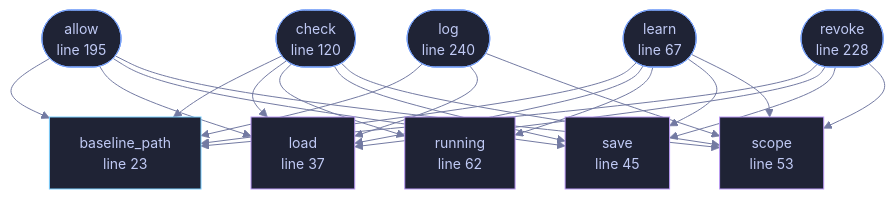
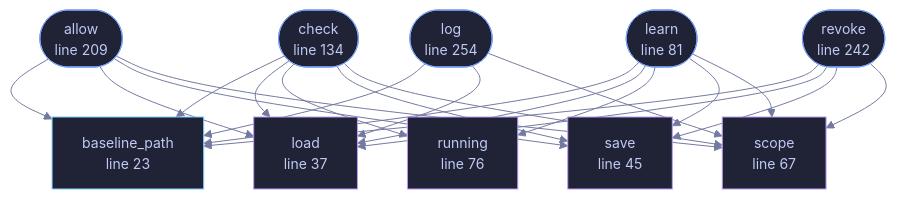
The diagram in wiki/File-veilvoice-cli-appctl.md (tilas01/veilvoice), drawn with Mermaid before and after one commit. The commit also changed other lines of this file and 23 other files, not shown here.

````diff
--- a/wiki/File-veilvoice-cli-appctl.md
+++ b/wiki/File-veilvoice-cli-appctl.md
@@ -57,51 +57,51 @@
 ```mermaid
 %%{init: {"theme":"base","themeVariables":{"background":"#1a1b26","primaryColor":"#1f2335","primaryTextColor":"#c0caf5","primaryBorderColor":"#7aa2f7","secondaryColor":"#16161e","tertiaryColor":"#16161e","lineColor":"#737aa2","textColor":"#c0caf5","mainBkg":"#1f2335","nodeBorder":"#7aa2f7","clusterBkg":"#16161e","clusterBorder":"#2f3549","fontFamily":"ui-monospace, SFMono-Regular, Consolas, monospace","fontSize":"14px"}}}%%
 flowchart TD
     n_baseline_path["baseline_path<br/>line 23"]
     n_load["load<br/>line 37"]
     n_save["save<br/>line 45"]
-    n_scope["scope<br/>line 53"]
-    n_running["running<br/>line 62"]
-    n_learn(["learn<br/>line 67"])
-    n_check(["check<br/>line 120"])
-    n_allow(["allow<br/>line 195"])
-    n_revoke(["revoke<br/>line 228"])
-    n_log(["log<br/>line 240"])
+    n_scope["scope<br/>line 67"]
+    n_running["running<br/>line 76"]
+    n_learn(["learn<br/>line 81"])
+    n_check(["check<br/>line 134"])
+    n_allow(["allow<br/>line 209"])
+    n_revoke(["revoke<br/>line 242"])
+    n_log(["log<br/>line 254"])
     n_allow --> n_baseline_path
     n_allow --> n_load
     n_allow --> n_save
     n_allow --> n_scope
     n_check --> n_baseline_path
     n_check --> n_load
     n_check --> n_running
     n_check --> n_save
     n_check --> n_scope
     n_learn --> n_baseline_path
     n_learn --> n_load
     n_learn --> n_running
     n_learn --> n_save
     n_learn --> n_scope
     n_log --> n_baseline_path
     n_log --> n_load
     n_log --> n_scope
     n_revoke --> n_baseline_path
     n_revoke --> n_load
     n_revoke --> n_save
     n_revoke --> n_scope
     click n_baseline_path href "https://github.com/tilas01/veilvoice/blob/main/crates/veilvoice-cli/src/appctl.rs#L23" "open the source"
     click n_load href "https://github.com/tilas01/veilvoice/blob/main/crates/veilvoice-cli/src/appctl.rs#L37" "open the source"
     click n_save href "https://github.com/tilas01/veilvoice/blob/main/crates/veilvoice-cli/src/appctl.rs#L45" "open the source"
-    click n_scope href "https://github.com/tilas01/veilvoice/blob/main/crates/veilvoice-cli/src/appctl.rs#L53" "open the source"
-    click n_running href "https://github.com/tilas01/veilvoice/blob/main/crates/veilvoice-cli/src/appctl.rs#L62" "open the source"
-    click n_learn href "https://github.com/tilas01/veilvoice/blob/main/crates/veilvoice-cli/src/appctl.rs#L67" "open the source"
-    click n_check href "https://github.com/tilas01/veilvoice/blob/main/crates/veilvoice-cli/src/appctl.rs#L120" "open the source"
-    click n_allow href "https://github.com/tilas01/veilvoice/blob/main/crates/veilvoice-cli/src/appctl.rs#L195" "open the source"
-    click n_revoke href "https://github.com/tilas01/veilvoice/blob/main/crates/veilvoice-cli/src/appctl.rs#L228" "open the source"
-    click n_log href "https://github.com/tilas01/veilvoice/blob/main/crates/veilvoice-cli/src/appctl.rs#L240" "open the source"
+    click n_scope href "https://github.com/tilas01/veilvoice/blob/main/crates/veilvoice-cli/src/appctl.rs#L67" "open the source"
+    click n_running href "https://github.com/tilas01/veilvoice/blob/main/crates/veilvoice-cli/src/appctl.rs#L76" "open the source"
+    click n_learn href "https://github.com/tilas01/veilvoice/blob/main/crates/veilvoice-cli/src/appctl.rs#L81" "open the source"
+    click n_check href "https://github.com/tilas01/veilvoice/blob/main/crates/veilvoice-cli/src/appctl.rs#L134" "open the source"
+    click n_allow href "https://github.com/tilas01/veilvoice/blob/main/crates/veilvoice-cli/src/appctl.rs#L209" "open the source"
+    click n_revoke href "https://github.com/tilas01/veilvoice/blob/main/crates/veilvoice-cli/src/appctl.rs#L242" "open the source"
+    click n_log href "https://github.com/tilas01/veilvoice/blob/main/crates/veilvoice-cli/src/appctl.rs#L254" "open the source"
     classDef entry fill:#1f2335,stroke:#7aa2f7,color:#c0caf5
     class n_learn,n_check,n_allow,n_revoke,n_log entry
     classDef api fill:#1f2335,stroke:#7dcfff,color:#c0caf5
     class n_baseline_path api
     classDef helper fill:#1f2335,stroke:#bb9af7,color:#c0caf5
     class n_load,n_save,n_scope,n_running helper
 ```
````
